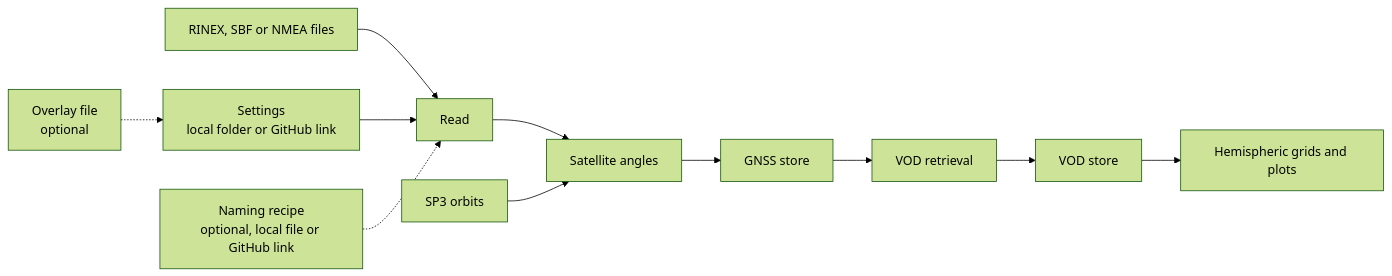
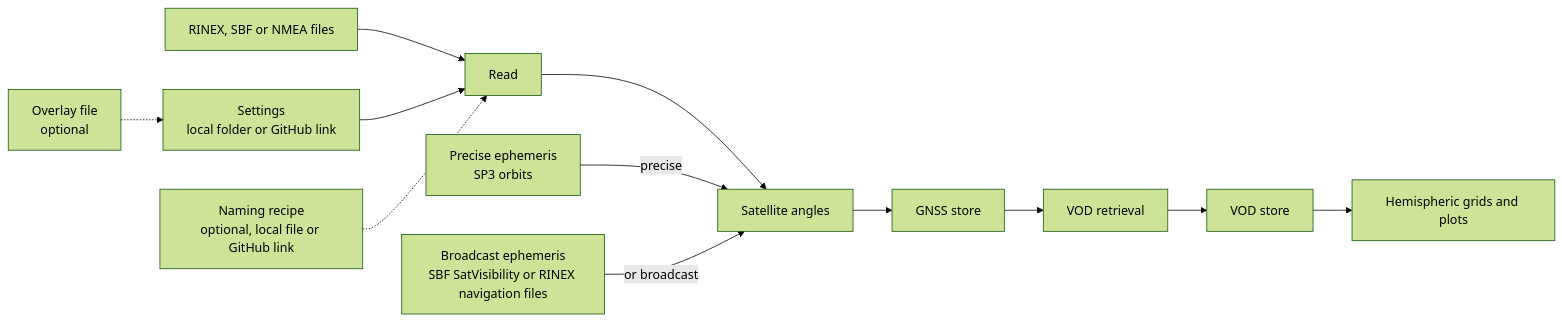
The diagram in docs/index.md (TUW-GEO/canvodpy), drawn with Mermaid (forest theme) before and after one commit. The commit also changed other lines of this file and 1 other file, not shown here.

Commit message:
docs: show the broadcast ephemeris next to the precise one in the pipeline diagrams (#575)

````diff
--- a/docs/index.md
+++ b/docs/index.md
@@ -105,13 +105,14 @@
 ```mermaid
 flowchart LR
     FILES["RINEX, SBF or NMEA files"] --> READ["Read"]
     SETTINGS["Settings<br/>local folder or GitHub link"] --> READ
     OVERLAY["Overlay file<br/>optional"] -.-> SETTINGS
     RECIPE["Naming recipe<br/>optional, local file or GitHub link"] -.-> READ
     READ --> ANGLES["Satellite angles"]
-    ORBITS["SP3 orbits"] --> ANGLES
+    PRECISE["Precise ephemeris<br/>SP3 orbits"] -- "precise" --> ANGLES
+    BROADCAST["Broadcast ephemeris<br/>SBF SatVisibility or RINEX navigation files"] -- "or broadcast" --> ANGLES
     ANGLES --> GSTORE["GNSS store"]
     GSTORE --> VOD["VOD retrieval"]
     VOD --> VSTORE["VOD store"]
     VSTORE --> PLOT["Hemispheric grids and plots"]
 ```
````
